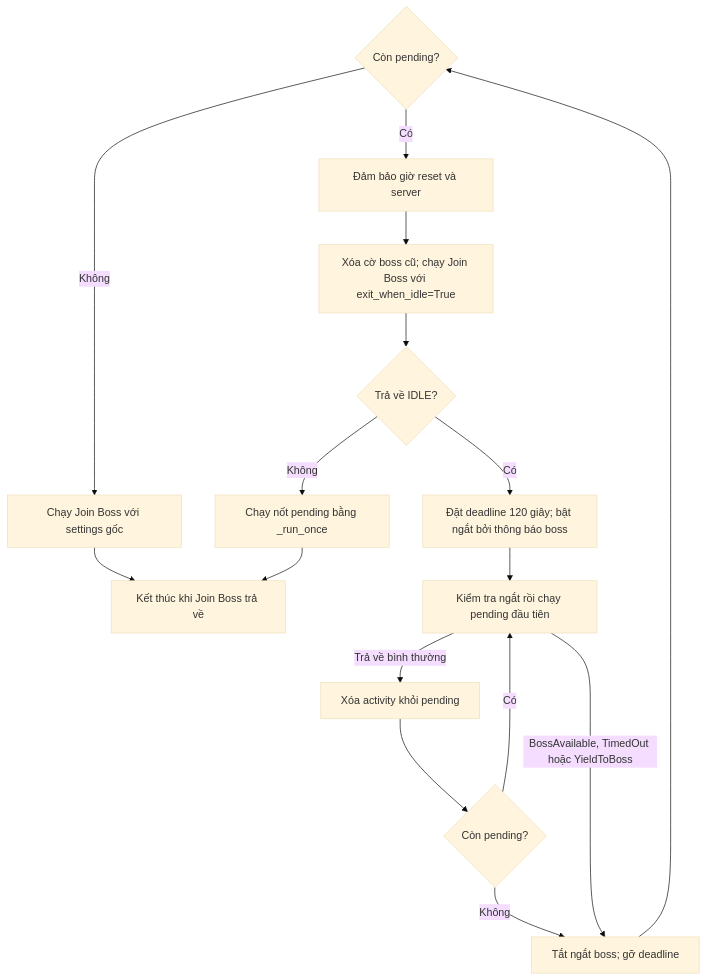
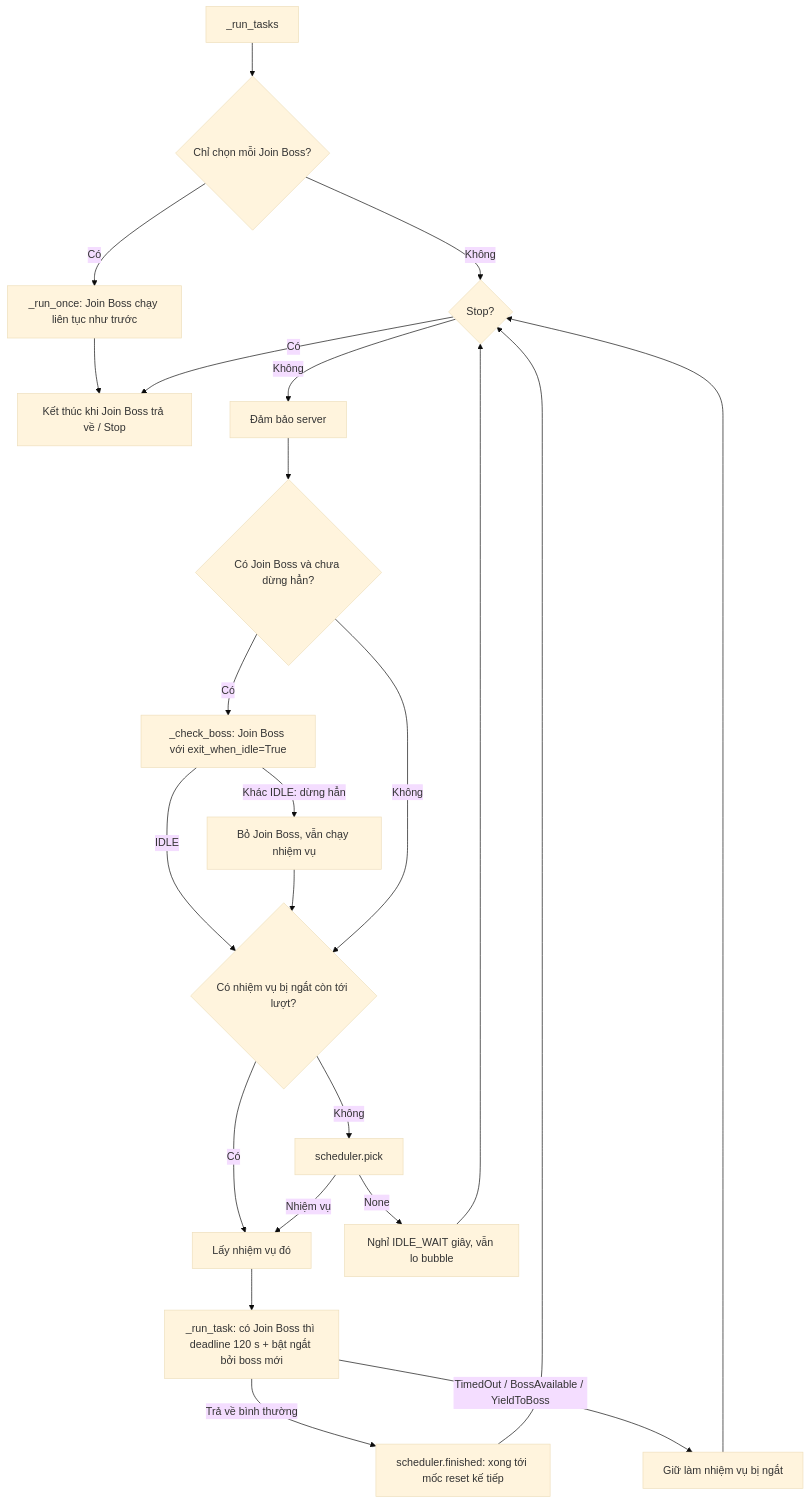
Before and after one commit to Hoangkz/EvonyBot: the second of 4 diagrams in bot/worker/FLOW.md, drawn with Mermaid (base theme). The commit also changed other lines of this file and 21 other files, not shown here.

````diff
--- a/bot/worker/FLOW.md
+++ b/bot/worker/FLOW.md
@@ -74,18 +55,21 @@
 ```mermaid
 flowchart TD
-    A{Còn pending?} -->|Không| B[Chạy Join Boss với settings gốc]
-    B --> Z[Kết thúc khi Join Boss trả về]
-    A -->|Có| C[Đảm bảo giờ reset và server]
-    C --> D[Xóa cờ boss cũ; chạy Join Boss với exit_when_idle=True]
-    D --> E{Trả về IDLE?}
-    E -->|Không| F[Chạy nốt pending bằng _run_once]
-    F --> Z
-    E -->|Có| G[Đặt deadline 120 giây; bật ngắt bởi thông báo boss]
-    G --> H[Kiểm tra ngắt rồi chạy pending đầu tiên]
-    H -->|Trả về bình thường| I[Xóa activity khỏi pending]
-    I --> J{Còn pending?}
-    J -->|Có| H
-    J -->|Không| K[Tắt ngắt boss; gỡ deadline]
-    H -->|BossAvailable, TimedOut hoặc YieldToBoss| K
-    K --> A
+    A[_run_tasks] --> O{Chỉ chọn mỗi Join Boss?}
+    O -->|Có| P[_run_once: Join Boss chạy liên tục như trước] --> Z[Kết thúc khi Join Boss trả về / Stop]
+    O -->|Không| L{Stop?}
+    L -->|Có| Z
+    L -->|Không| C[Đảm bảo server]
+    C --> B{Có Join Boss và chưa dừng hẳn?}
+    B -->|Có| D[_check_boss: Join Boss với exit_when_idle=True]
+    D -->|Khác IDLE: dừng hẳn| X[Bỏ Join Boss, vẫn chạy nhiệm vụ]
+    D -->|IDLE| T
+    X --> T
+    B -->|Không| T{Có nhiệm vụ bị ngắt còn tới lượt?}
+    T -->|Có| R[Lấy nhiệm vụ đó]
+    T -->|Không| S[scheduler.pick]
+    S -->|None| W[Nghỉ IDLE_WAIT giây, vẫn lo bubble] --> L
+    S -->|Nhiệm vụ| R
+    R --> G[_run_task: có Join Boss thì deadline 120 s + bật ngắt bởi boss mới]
+    G -->|Trả về bình thường| H[scheduler.finished: xong tới mốc reset kế tiếp] --> L
+    G -->|TimedOut / BossAvailable / YieldToBoss| I[Giữ làm nhiệm vụ bị ngắt] --> L
 ```
````
